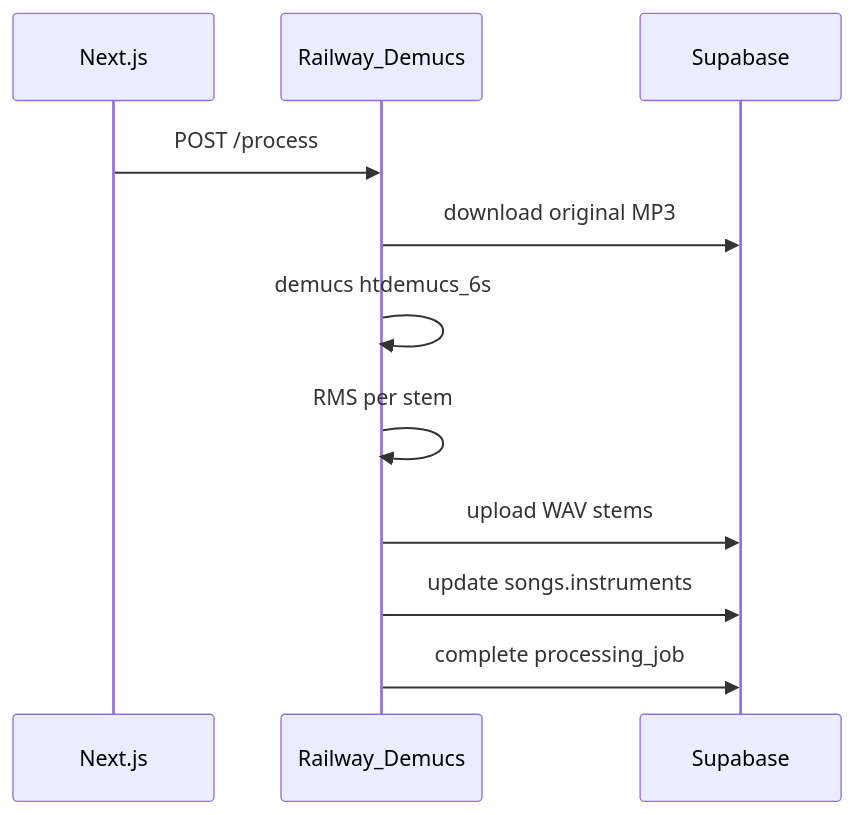
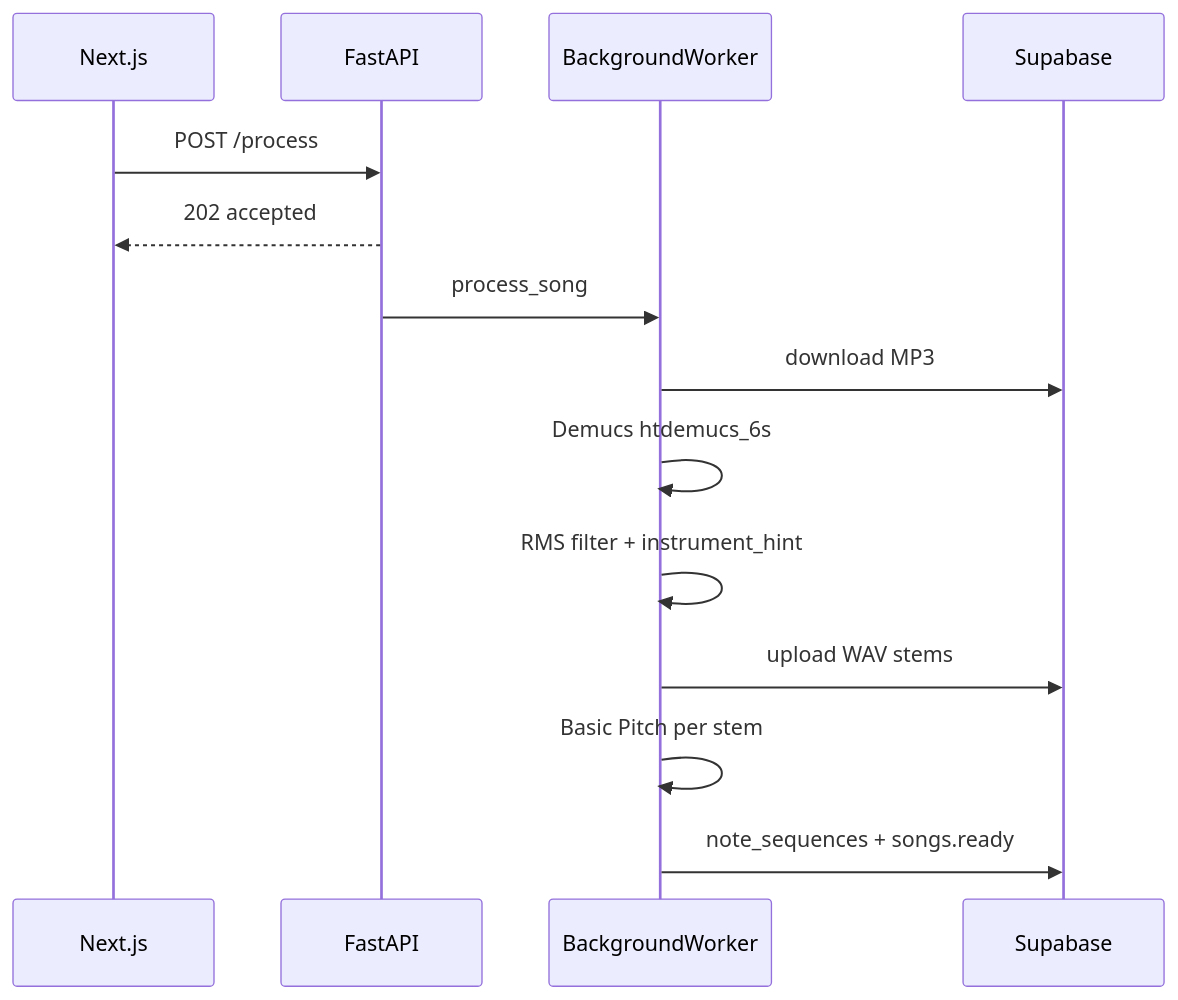
One commit to futuranota/Cordeband changed the diagram in services/audio-processor/README.md. Above: the diagram before and after it, drawn with Mermaid. The commit also changed other lines of this file and 21 other files, not shown here.

````diff
--- a/services/audio-processor/README.md
+++ b/services/audio-processor/README.md
@@ -56,14 +94,17 @@
 ```mermaid
 sequenceDiagram
   participant Next as Next.js
-  participant Rail as Railway_Demucs
+  participant API as FastAPI
+  participant Worker as BackgroundWorker
   participant SB as Supabase
 
-  Next->>Rail: POST /process
-  Rail->>SB: download original MP3
-  Rail->>Rail: demucs htdemucs_6s
-  Rail->>Rail: RMS per stem
-  Rail->>SB: upload WAV stems
-  Rail->>SB: update songs.instruments
-  Rail->>SB: complete processing_job
+  Next->>API: POST /process
+  API-->>Next: 202 accepted
+  API->>Worker: process_song
+  Worker->>SB: download MP3
+  Worker->>Worker: Demucs htdemucs_6s
+  Worker->>Worker: RMS filter + instrument_hint
+  Worker->>SB: upload WAV stems
+  Worker->>Worker: Basic Pitch per stem
+  Worker->>SB: note_sequences + songs.ready
 ```
````
